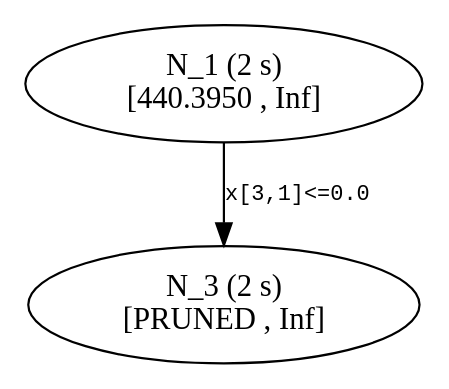
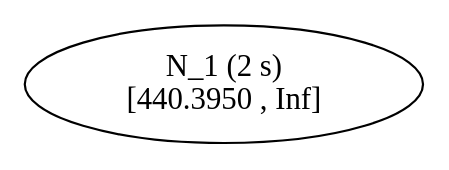
One commit to atoptima/Coluna.jl changed the diagram in previews/PR1069/start/tree2.dot. Above: the diagram before and after it, drawn with Graphviz. The commit also changed 24 other files, not shown here.

```diff
--- a/previews/PR1069/start/tree2.dot
+++ b/previews/PR1069/start/tree2.dot
@@ -1,8 +1,6 @@
 ## dot -Tpdf thisfile > thisfile.pdf 
 
 digraph Branching_Tree {
 	edge[fontname = "Courier", fontsize = 10];
 	n1 [label= "N_1 (2 s) \n[440.3950 , Inf]"];
-	n3 [label= "N_3 (2 s) \n[PRUNED , Inf]"];
-	n1 -> n3 [label= "x[3,1]<=0.0"];
 }
```
